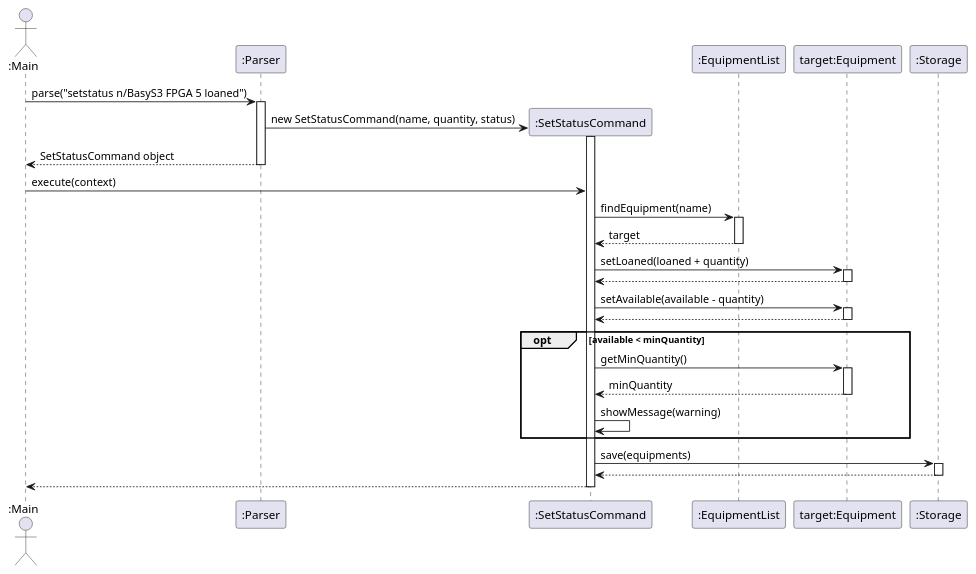
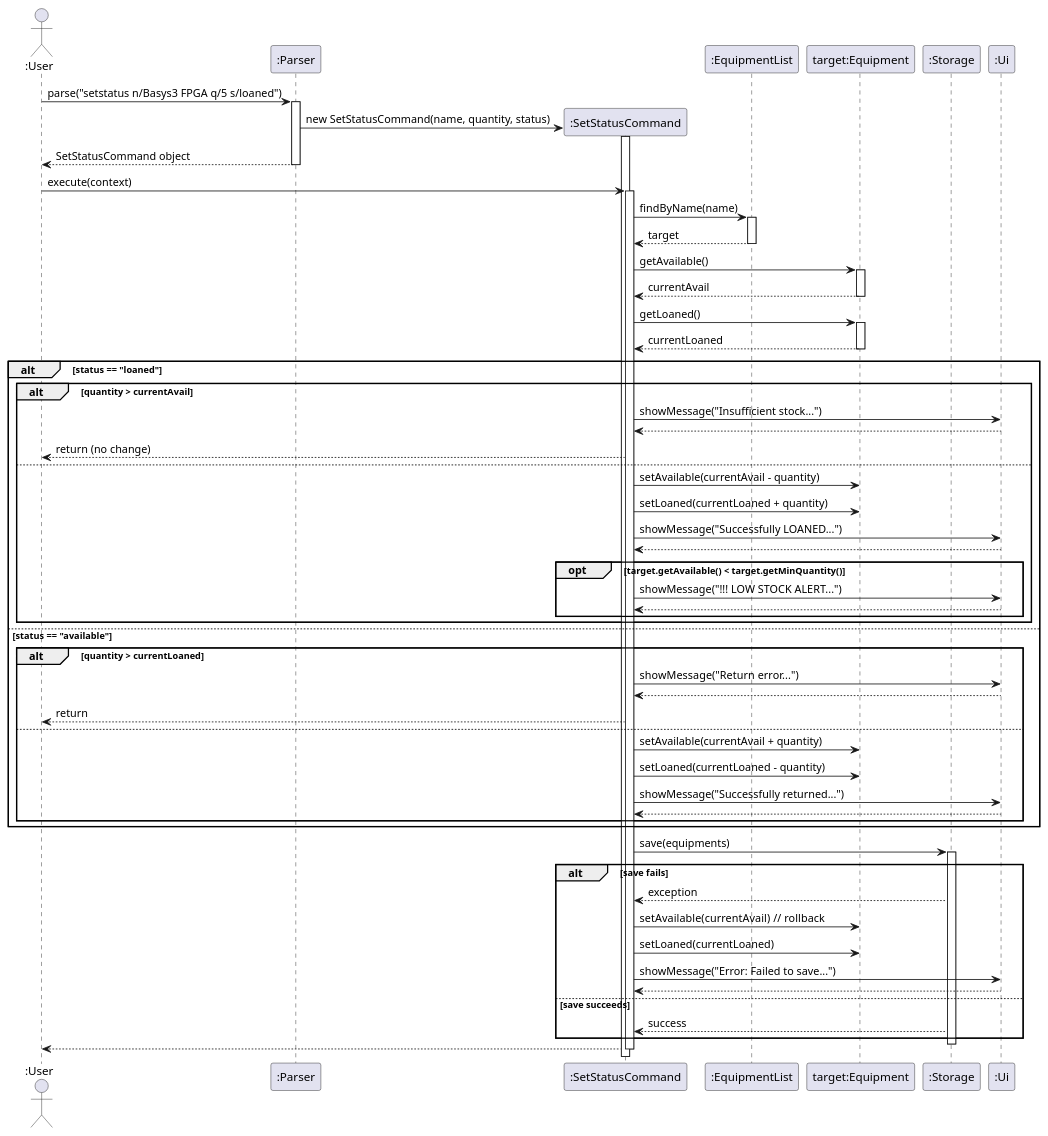
The diagram in docs/UMLs/SetStatusCommand.puml (zhanhong03/tp), drawn with PlantUML before and after one commit. The commit also changed 13 other files, not shown here.

Commit message:
refactor: fixed PE-D issues on SetBuffer, SetStatus; docs: updated UG,DG,PPP for SetBuffer and SetStatus

```diff
--- a/docs/UMLs/SetStatusCommand.puml
+++ b/docs/UMLs/SetStatusCommand.puml
@@ -1,51 +1,81 @@
 @startuml
-actor ":Main" as Main
+actor ":User" as User
 participant ":Parser" as Parser
 participant ":SetStatusCommand" as Command
 participant ":EquipmentList" as EqList
 participant "target:Equipment" as Eq
 participant ":Storage" as Storage
+participant ":Ui" as Ui
 
-Main -> Parser : parse("setstatus n/BasyS3 FPGA 5 loaned")
+User -> Parser : parse("setstatus n/Basys3 FPGA q/5 s/loaned")
 activate Parser
 
 create Command
 Parser -> Command : new SetStatusCommand(name, quantity, status)
 activate Command
 
-Parser --> Main : SetStatusCommand object
+Parser --> User : SetStatusCommand object
 deactivate Parser
 
-Main -> Command : execute(context)
+User -> Command : execute(context)
+activate Command
 
-Command -> EqList : findEquipment(name)
+Command -> EqList : findByName(name)
 activate EqList
 EqList --> Command : target
 deactivate EqList
 
-Command -> Eq : setLoaned(loaned + quantity)
+Command -> Eq : getAvailable()
 activate Eq
-Eq --> Command
+Eq --> Command : currentAvail
 deactivate Eq
 
-Command -> Eq : setAvailable(available - quantity)
+Command -> Eq : getLoaned()
 activate Eq
-Eq --> Command
+Eq --> Command : currentLoaned
 deactivate Eq
 
-opt available < minQuantity
-    Command -> Eq : getMinQuantity()
-    activate Eq
-    Eq --> Command : minQuantity
-    deactivate Eq
-    Command -> Command : showMessage(warning)
+alt status == "loaned"
+    alt quantity > currentAvail
+        Command -> Ui : showMessage("Insufficient stock...")
+        Ui --> Command
+        Command --> User : return (no change)
+    else
+        Command -> Eq : setAvailable(currentAvail - quantity)
+        Command -> Eq : setLoaned(currentLoaned + quantity)
+        Command -> Ui : showMessage("Successfully LOANED...")
+        Ui --> Command
+        opt target.getAvailable() < target.getMinQuantity()
+            Command -> Ui : showMessage("!!! LOW STOCK ALERT...")
+            Ui --> Command
+        end
+    end
+else status == "available"
+    alt quantity > currentLoaned
+        Command -> Ui : showMessage("Return error...")
+        Ui --> Command
+        Command --> User : return
+    else
+        Command -> Eq : setAvailable(currentAvail + quantity)
+        Command -> Eq : setLoaned(currentLoaned - quantity)
+        Command -> Ui : showMessage("Successfully returned...")
+        Ui --> Command
+    end
 end
 
 Command -> Storage : save(equipments)
 activate Storage
-Storage --> Command
+alt save fails
+    Storage --> Command : exception
+    Command -> Eq : setAvailable(currentAvail)  // rollback
+    Command -> Eq : setLoaned(currentLoaned)
+    Command -> Ui : showMessage("Error: Failed to save...")
+    Ui --> Command
+else save succeeds
+    Storage --> Command : success
+end
 deactivate Storage
 
-Command --> Main
+Command --> User
 deactivate Command
 @enduml
```
